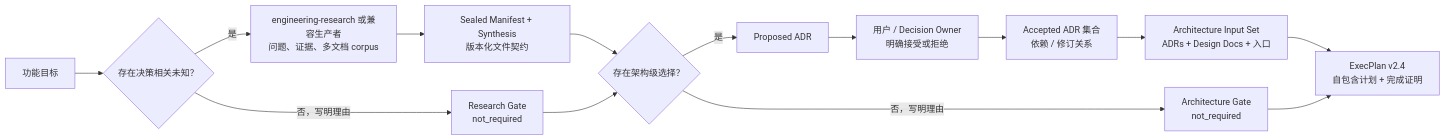
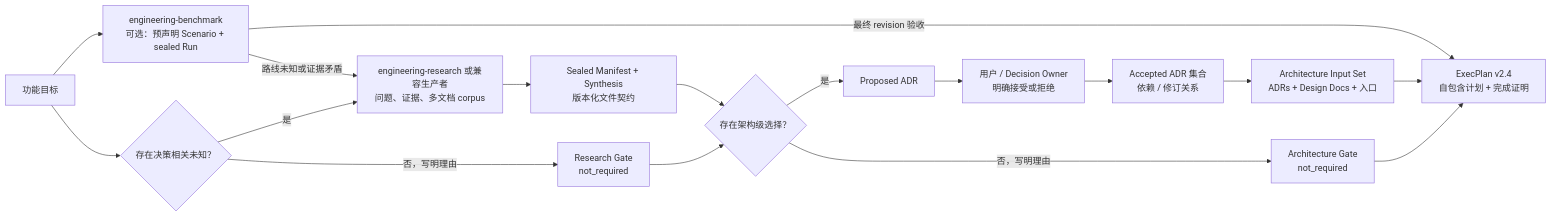
Before and after one commit to XiaoWeiKIN/RepoFoundryAI: the diagram in SKILL.md, drawn with Mermaid. The commit also changed other lines of this file and 20 other files, not shown here.

Commit message:
feat: add engineering benchmark skill

````diff
--- a/SKILL.md
+++ b/SKILL.md
@@ -11,16 +11,19 @@
 ```mermaid
 flowchart LR
     F["功能目标"] --> Q{"存在决策相关未知？"}
+    F --> B["engineering-benchmark<br/>可选：预声明 Scenario + sealed Run"]
+    B -->|"路线未知或证据矛盾"| R
+    B -->|"最终 revision 验收"| EP
     Q -->|"是"| R["engineering-research 或兼容生产者<br/>问题、证据、多文档 corpus"]
     R --> S["Sealed Manifest + Synthesis<br/>版本化文件契约"]
     Q -->|"否，写明理由"| RG["Research Gate<br/>not_required"]
     S --> A{"存在架构级选择？"}
     A -->|"是"| P["Proposed ADR"]
     P --> H["用户 / Decision Owner<br/>明确接受或拒绝"]
     H --> D["Accepted ADR 集合<br/>依赖 / 修订关系"]
     A -->|"否，写明理由"| AG["Architecture Gate<br/>not_required"]
     D --> I["Architecture Input Set<br/>ADRs + Design Docs + 入口"]
     I --> EP["ExecPlan v2.4<br/>自包含计划 + 完成证明"]
     RG --> A
     AG --> EP
 ```
````
